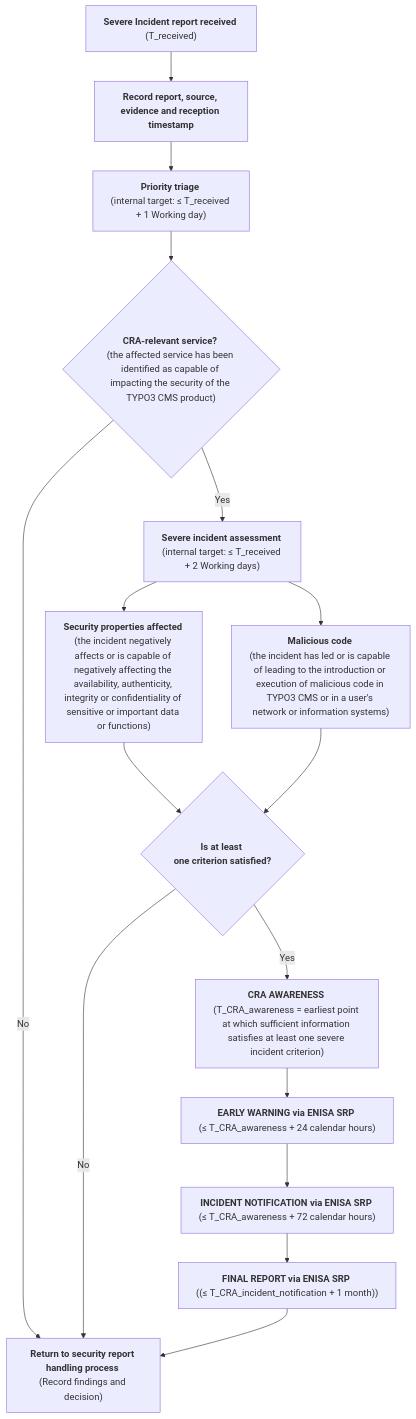
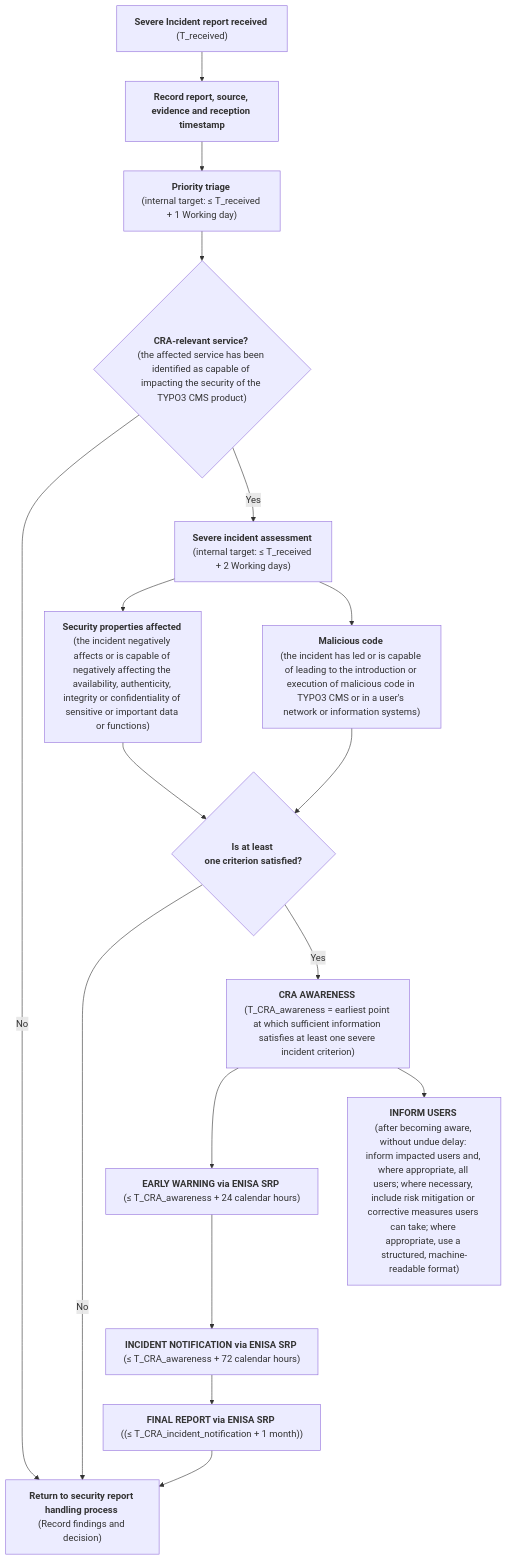
Before and after one commit to rfoucard/cra-fast-track: the diagram in templates/severe-incident-process.md, drawn with Mermaid.

````diff
--- a/templates/severe-incident-process.md
+++ b/templates/severe-incident-process.md
@@ -15,32 +15,34 @@
 ```mermaid
 flowchart TD
 
     A["<strong>Severe&nbsp;Incident&nbsp;report&nbsp;received</strong> \n(T_received)"] --> B["<strong>Record&nbsp;report,&nbsp;source, evidence and reception timestamp</strong>"]
 
     B --> C["<strong>Priority triage</strong> \n(internal&nbsp;target:&nbsp;≤&nbsp;T_received + 1 Working day)"]
 
     C --> D{"<strong>CRA-relevant service?</strong> (the&nbsp;affected&nbsp;service&nbsp;has&nbsp;been identified as capable of impacting the security of the TYPO3 CMS product)"}
 
     D -- "No" --> X["<strong>Return&nbsp;to&nbsp;security&nbsp;report handling&nbsp;process</strong> \n(Record findings and decision)"]
 
     D -- "Yes" --> E["<strong>Severe&nbsp;incident&nbsp;assessment</strong> \n(internal&nbsp;target:&nbsp;≤&nbsp;T_received + 2 Working days)"]
 
     E --> F["<strong>Security&nbsp;properties&nbsp;affected</strong> (the incident negatively affects or is capable of negatively affecting the availability, authenticity, integrity or confidentiality of sensitive or important data or functions)"]
 
     E --> G["<strong>Malicious&nbsp;code</strong> (the&nbsp;incident&nbsp;has&nbsp;led&nbsp;or&nbsp;is&nbsp;capable of leading to the introduction or execution of malicious code in TYPO3 CMS or in a user's network or information systems)"]
 
     F --> J{"<strong>Is at least one&nbsp;criterion&nbsp;satisfied?</strong>"}
     G --> J
 
     J -- "No" --> X
     J -- "Yes" --> L["<strong>CRA AWARENESS</strong> \n(T_CRA_awareness&nbsp;=&nbsp;earliest&nbsp;point at which sufficient information satisfies at least one severe incident criterion)"]
 
     L --> M["<strong>EARLY WARNING via ENISA SRP</strong> \n(≤&nbsp;T_CRA_awareness&nbsp;+&nbsp;24&nbsp;calendar&nbsp;hours)"]
 
     M --> N["<strong>INCIDENT NOTIFICATION via ENISA SRP</strong> \n(≤&nbsp;T_CRA_awareness&nbsp;+&nbsp;72&nbsp;calendar&nbsp;hours)"]
 
     N --> O["<strong>FINAL REPORT via ENISA SRP</strong> \n((≤&nbsp;T_CRA_incident_notification&nbsp;+&nbsp;1&nbsp;month))"]
 
     O --> X
 
+    L --> U["<strong>INFORM USERS</strong> \n(after becoming aware, without undue delay: inform impacted users and, where appropriate, all users; where necessary, include risk mitigation or corrective measures users can take; where appropriate, use a structured, machine-readable format)"]
+
 ```
````
